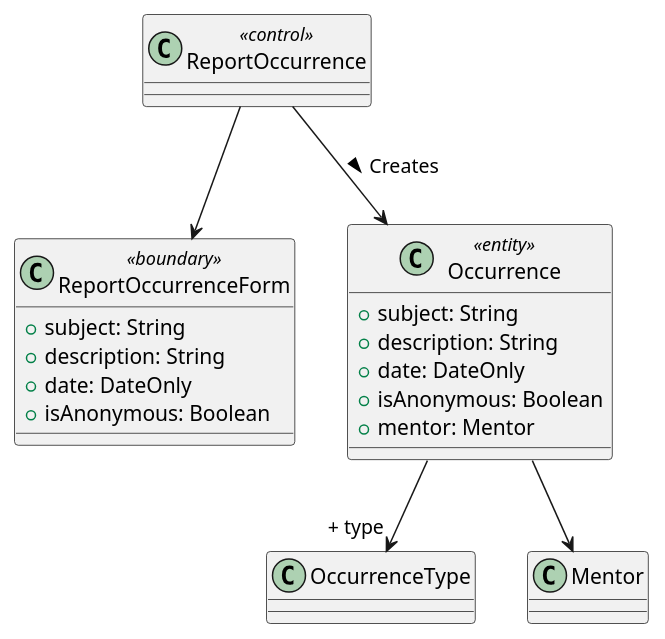
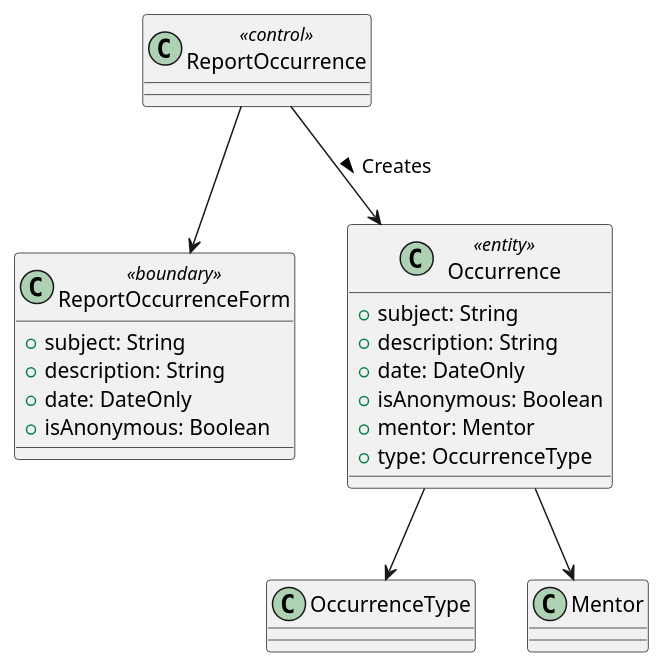
One commit to bmb0136/COMP-3700-Project changed the second of 2 diagrams in Use Cases/ReportOccurrence.iuml. Above: the diagram before and after it, drawn with PlantUML. The commit also changed 1 other file, not shown here.

```diff
--- a/Use Cases/ReportOccurrence.iuml
+++ b/Use Cases/ReportOccurrence.iuml
@@ -34,20 +34,21 @@
 @startuml Report Occurrence Object Model
 class ReportOccurrence <<control>> {}
 class ReportOccurrenceForm <<boundary>> {
   + subject: String
   + description: String
   + date: DateOnly
   + isAnonymous: Boolean
 }
 class Occurrence <<entity>> {
   + subject: String
   + description: String
   + date: DateOnly
   + isAnonymous: Boolean
   + mentor: Mentor
+  + type: OccurrenceType
 }
 ReportOccurrence --> ReportOccurrenceForm
 ReportOccurrence --> Occurrence : Creates >
-Occurrence --> "+ type" OccurrenceType
+Occurrence --> OccurrenceType
 Occurrence --> Mentor
 @enduml
```
